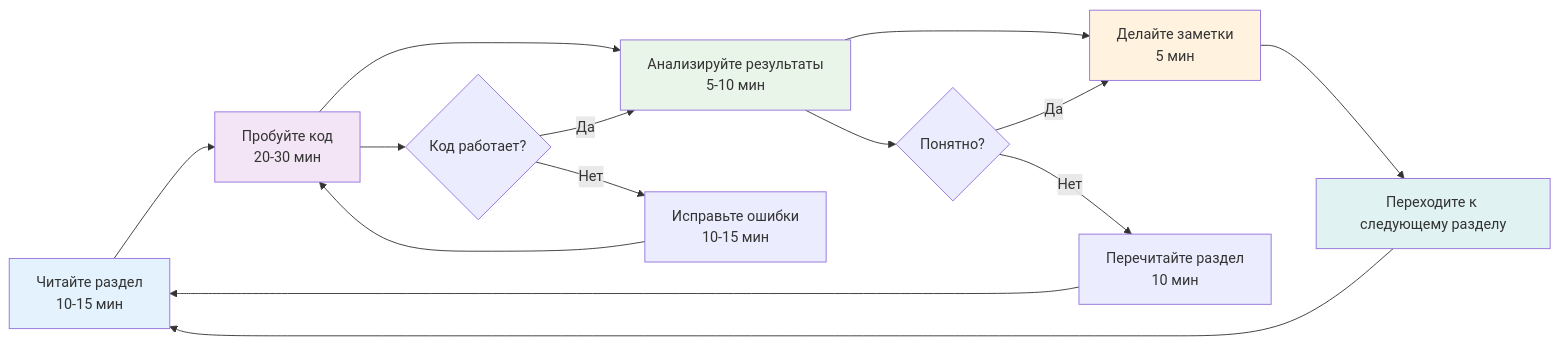
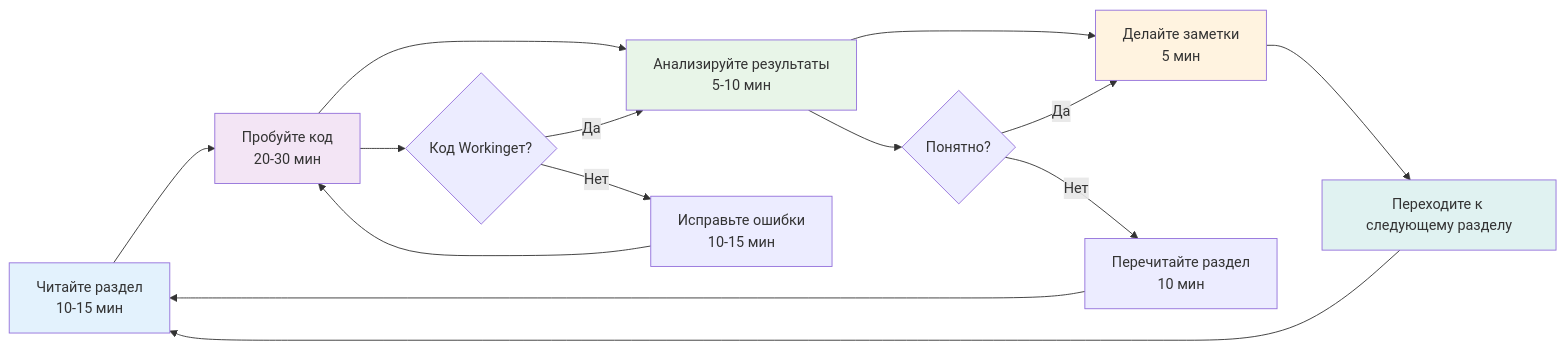
One commit to NeoZorK/neozork-hld-prediction changed the sixth of 8 diagrams in docs/automl/gluon/25_reading_guide.md. Above: the diagram before and after it, drawn with Mermaid. The commit also changed other lines of this file and 108 other files, not shown here.

````diff
--- a/docs/automl/gluon/25_reading_guide.md
+++ b/docs/automl/gluon/25_reading_guide.md
@@ -1509,24 +1509,24 @@
 ```mermaid
 graph LR
  A[Читайте раздел<br/>10-15 мин] --> B[Пробуйте код<br/>20-30 мин]
  B --> C[Анализируйте результаты<br/>5-10 мин]
  C --> D[Делайте заметки<br/>5 мин]
  D --> E[Переходите к следующему разделу]
  E --> A
 
- B --> F{Код работает?}
+ B --> F{Код Workingет?}
  F -->|Нет| G[Исправьте ошибки<br/>10-15 мин]
  G --> B
  F -->|Да| C
 
  C --> H{Понятно?}
  H -->|Нет| I[Перечитайте раздел<br/>10 мин]
  I --> A
  H -->|Да| D
 
  style A fill:#e3f2fd
  style B fill:#f3e5f5
  style C fill:#e8f5e8
  style D fill:#fff3e0
  style E fill:#e0f2f1
 ```
````
